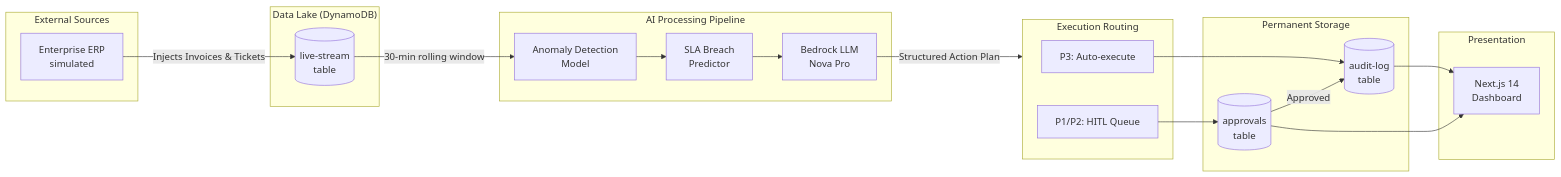
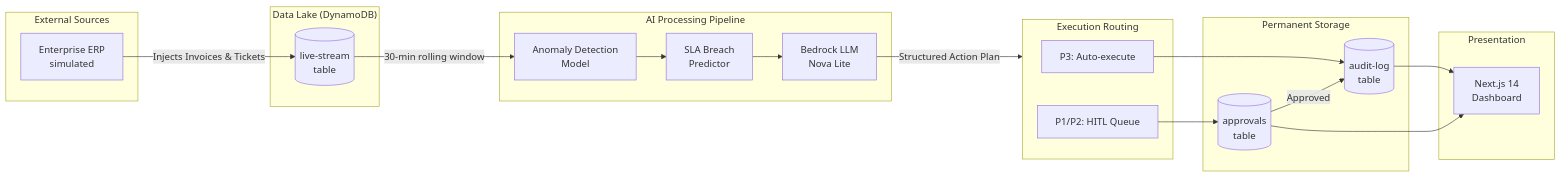
One commit to adarshcod30/Cost-Intel-Intelligence changed the third of 3 diagrams in README.md. Above: the diagram before and after it, drawn with Mermaid. The commit also changed other lines of this file, not shown here.

Commit message:
docs: update README with cloud architecture, Amplify guide, and live link

````diff
--- a/README.md
+++ b/README.md
@@ -288,41 +306,41 @@
 ```mermaid
 flowchart LR
     subgraph External["External Sources"]
         ERP[Enterprise ERP<br/>simulated]
     end
     
     subgraph Storage1["Data Lake (DynamoDB)"]
         Stream[(live-stream<br/>table)]
     end
     
     subgraph Process["AI Processing Pipeline"]
         AD[Anomaly Detection<br/>Model]
         SLA[SLA Breach<br/>Predictor]
-        LLM[Bedrock LLM<br/>Nova Pro]
+        LLM[Bedrock LLM<br/>Nova Lite]
     end
     
     subgraph Execution["Execution Routing"]
         P3[P3: Auto-execute]
         P12[P1/P2: HITL Queue]
     end
     
     subgraph Storage2["Permanent Storage"]
         App[(approvals<br/>table)]
         Aud[(audit-log<br/>table)]
     end
     
     subgraph UI["Presentation"]
         Dash[Next.js 14<br/>Dashboard]
     end
     
     ERP -->|Injects Invoices & Tickets| Stream
     Stream -->|30-min rolling window| AD
     AD --> SLA
     SLA --> LLM
     LLM -->|Structured Action Plan| Execution
     P3 --> Aud
     P12 --> App
     App -->|Approved| Aud
     Aud --> Dash
     App --> Dash
 ```
````
